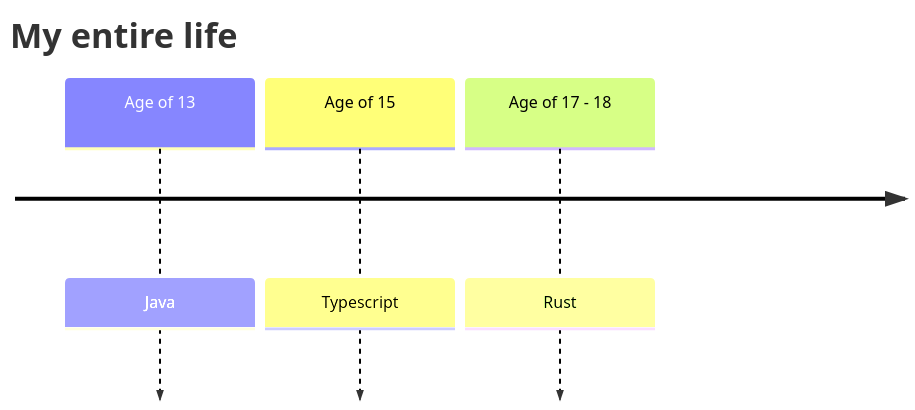
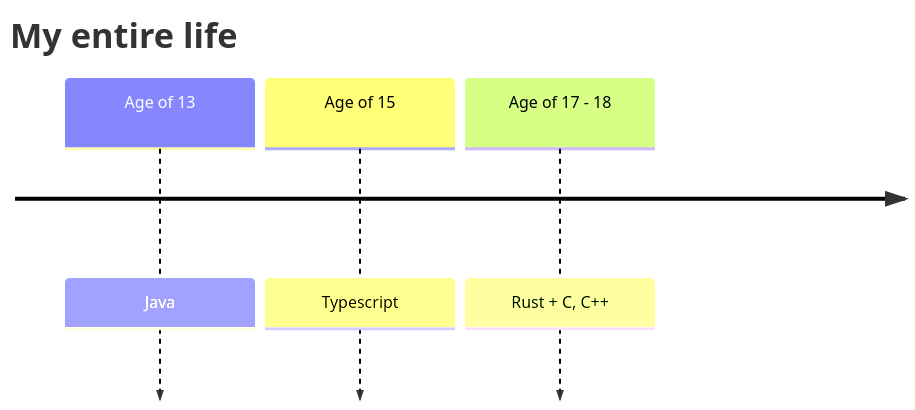
The first of 2 diagrams in README.md (Sandro642/Sandro642), drawn with Mermaid before and after one commit.

````diff
--- a/README.md
+++ b/README.md
@@ -4,7 +4,7 @@
 ```mermaid
 timeline
 title My entire life
 Age of 13 : Java
 Age of 15 : Typescript
-Age of 17 - 18 : Rust
+Age of 17 - 18 : Rust + C, C++
 ```
````
